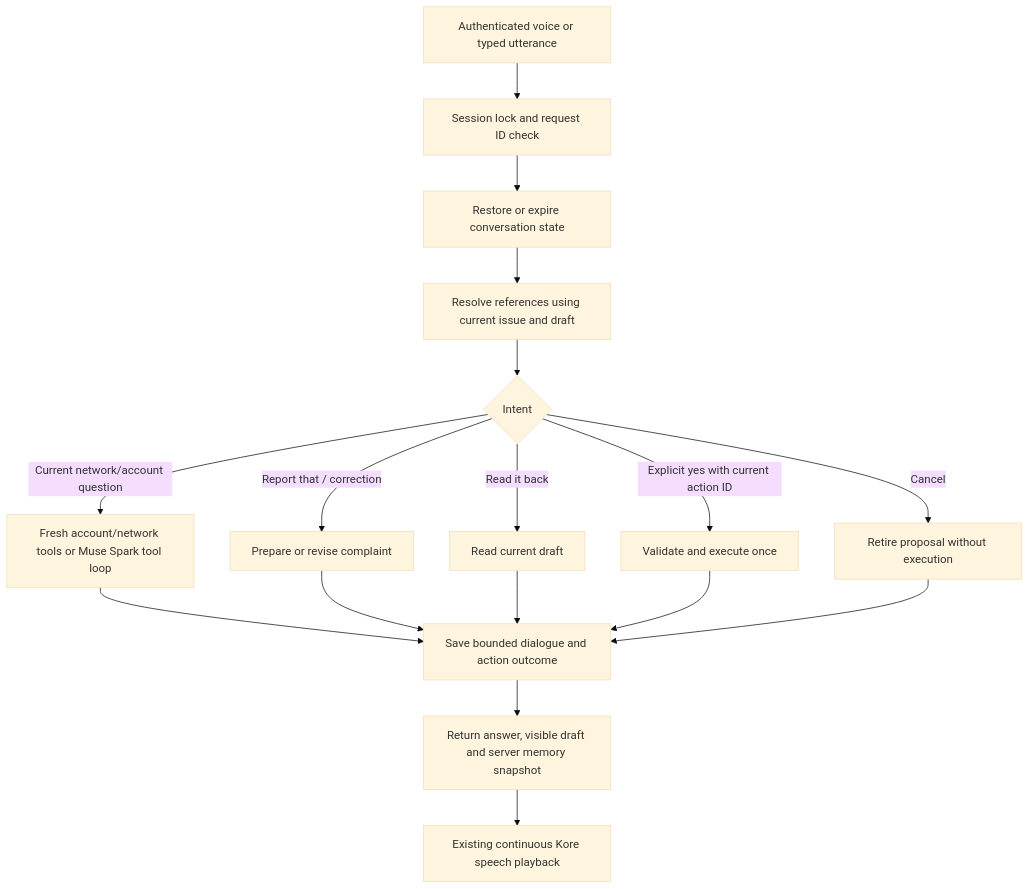
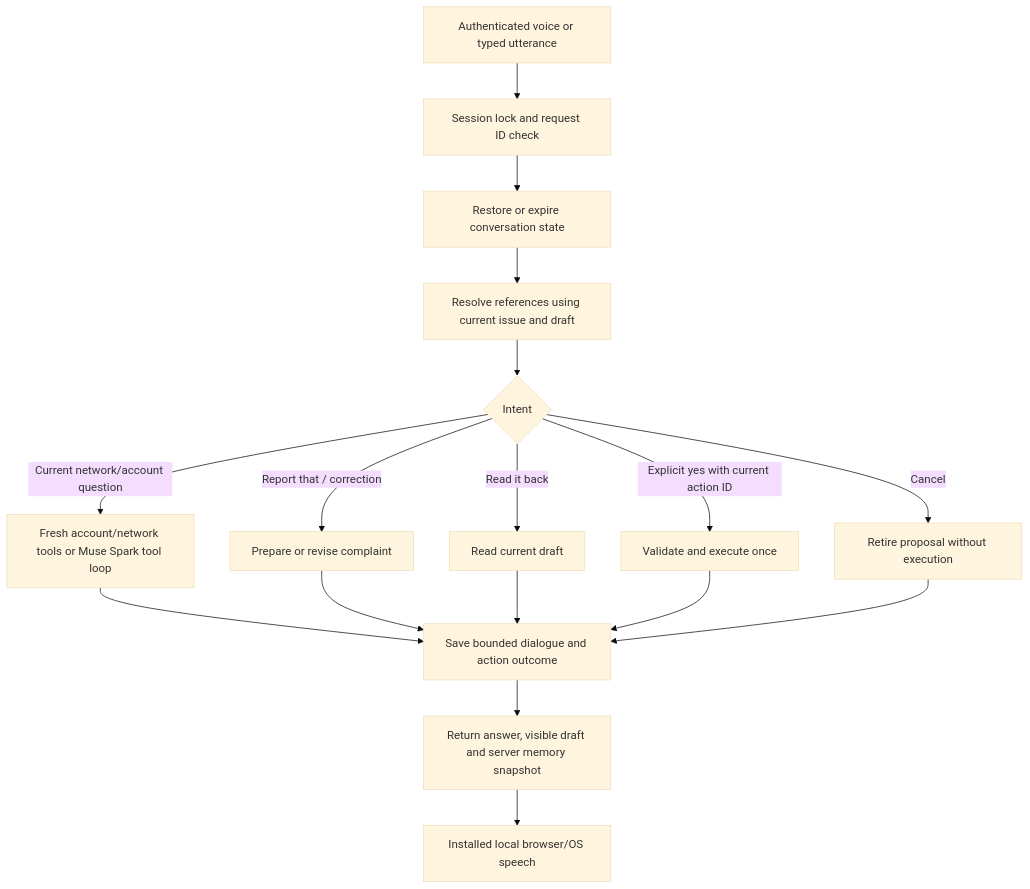
Before and after one commit to AKMaasif/Meta-Ai-Global-Hackathon-Ran-Sentinel-: the diagram in docs/VOICE_CONVERSATION_MEMORY.md, drawn with Mermaid (base theme). The commit also changed other lines of this file and 54 other files, not shown here.

Commit message:
Add no-login demos and local device speech with platform checks

````diff
--- a/docs/VOICE_CONVERSATION_MEMORY.md
+++ b/docs/VOICE_CONVERSATION_MEMORY.md
@@ -24,19 +24,19 @@
 ```mermaid
 flowchart TD
     A[Authenticated voice or typed utterance] --> B[Session lock and request ID check]
     B --> C[Restore or expire conversation state]
     C --> D[Resolve references using current issue and draft]
     D --> E{Intent}
     E -->|Current network/account question| F[Fresh account/network tools or Muse Spark tool loop]
     E -->|Report that / correction| G[Prepare or revise complaint]
     E -->|Read it back| H[Read current draft]
     E -->|Explicit yes with current action ID| I[Validate and execute once]
     E -->|Cancel| J[Retire proposal without execution]
     F --> K[Save bounded dialogue and action outcome]
     G --> K
     H --> K
     I --> K
     J --> K
     K --> L[Return answer, visible draft and server memory snapshot]
-    L --> M[Existing continuous Kore speech playback]
+    L --> M[Installed local browser/OS speech]
 ```
````
